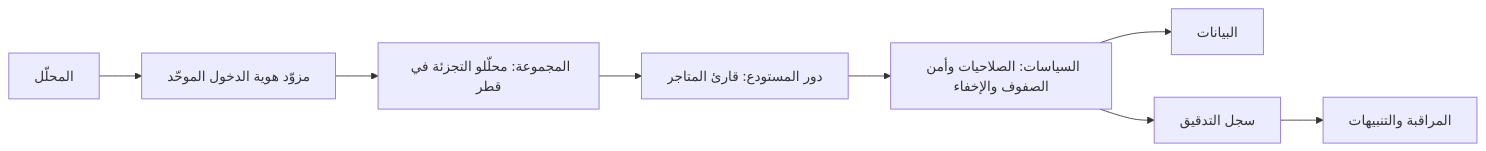
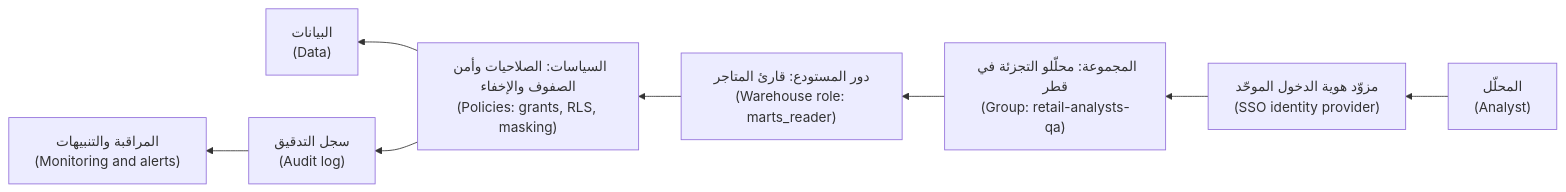
One commit to Tamoura/system-design-for-vibe-coders changed the third of 3 diagrams in data/modules/06-governance.ar.md. Above: the diagram before and after it, drawn with Mermaid. The commit also changed other lines of this file and 20 other files, not shown here.

First line of the commit message:
New courses: Arabic diagrams read right-to-left with English labels (modules 0–6)

````diff
--- a/data/modules/06-governance.ar.md
+++ b/data/modules/06-governance.ar.md
@@ -655,10 +655,10 @@
 ```mermaid
-flowchart LR
-    U["المحلّل"] --> S["مزوّد هوية الدخول الموحّد"]
-    S --> G["المجموعة: محلّلو التجزئة في قطر"]
-    G --> R["دور المستودع: قارئ المتاجر"]
-    R --> P["السياسات: الصلاحيات وأمن الصفوف والإخفاء"]
-    P --> D["البيانات"]
-    P --> A["سجل التدقيق"]
-    A --> M["المراقبة والتنبيهات"]
+flowchart RL
+    U["المحلّل<br/>(Analyst)"] --> S["مزوّد هوية الدخول الموحّد<br/>(SSO identity provider)"]
+    S --> G["المجموعة: محلّلو التجزئة في قطر<br/>(Group: retail-analysts-qa)"]
+    G --> R["دور المستودع: قارئ المتاجر<br/>(Warehouse role: marts_reader)"]
+    R --> P["السياسات: الصلاحيات وأمن الصفوف والإخفاء<br/>(Policies: grants, RLS, masking)"]
+    P --> D["البيانات<br/>(Data)"]
+    P --> A["سجل التدقيق<br/>(Audit log)"]
+    A --> M["المراقبة والتنبيهات<br/>(Monitoring and alerts)"]
 ```
````
